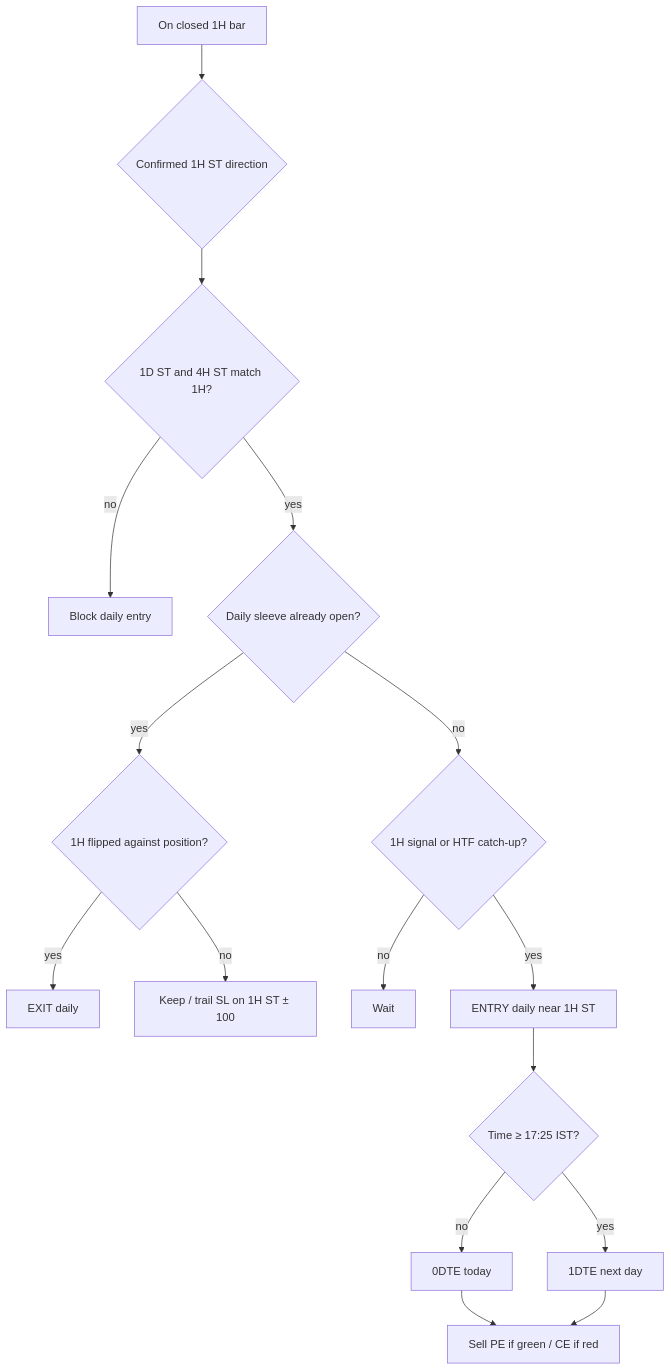
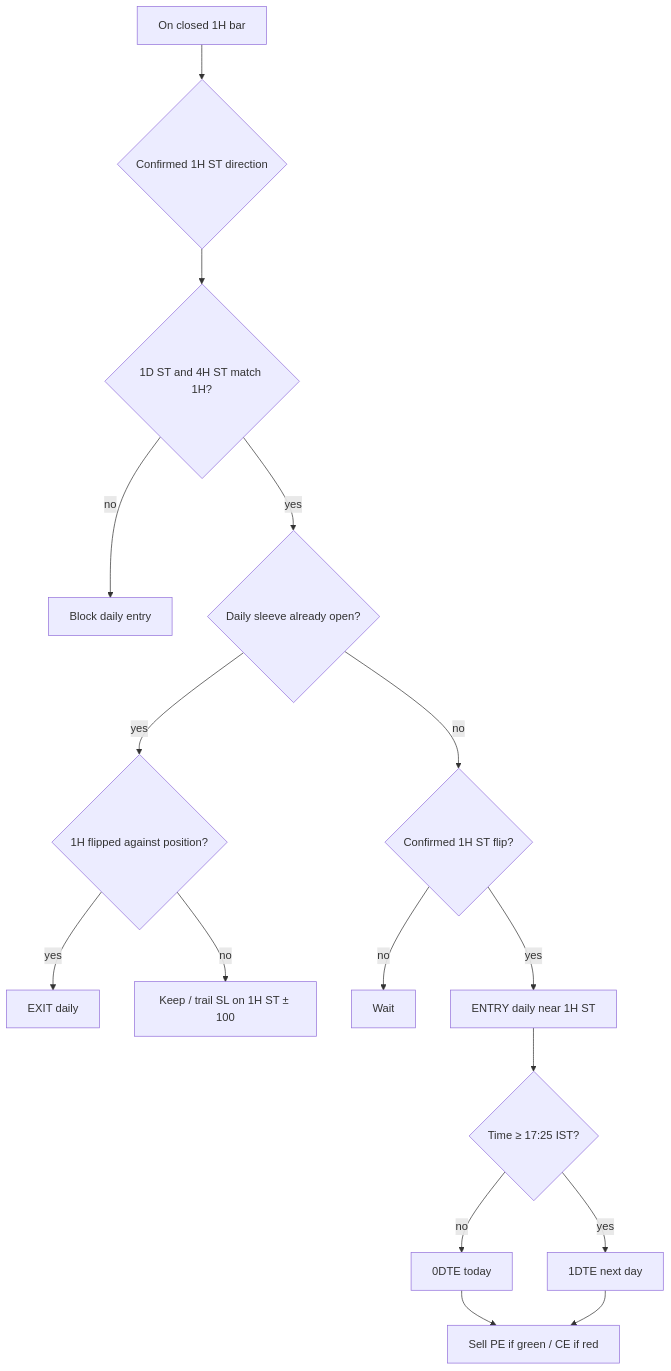
The third of 5 diagrams in core/strategies/crypto/DirectionalOptionSelling/readme.md (Eshwar066/Dhan-codebase), drawn with Mermaid before and after one commit. The commit also changed other lines of this file and 3 other files, not shown here.

````diff
--- a/core/strategies/crypto/DirectionalOptionSelling/readme.md
+++ b/core/strategies/crypto/DirectionalOptionSelling/readme.md
@@ -97,18 +97,18 @@
 ```mermaid
 flowchart TD
     A[On closed 1H bar] --> B{Confirmed 1H ST direction}
     B --> C{1D ST and 4H ST match 1H?}
     C -->|no| D[Block daily entry]
     C -->|yes| E{Daily sleeve already open?}
     E -->|yes| F{1H flipped against position?}
     F -->|yes| G[EXIT daily]
     F -->|no| H[Keep / trail SL on 1H ST ± 100]
-    E -->|no| I{1H signal or HTF catch-up?}
+    E -->|no| I{Confirmed 1H ST flip?}
     I -->|no| J[Wait]
     I -->|yes| K[ENTRY daily near 1H ST]
     K --> L{Time ≥ 17:25 IST?}
     L -->|no| M[0DTE today]
     L -->|yes| N[1DTE next day]
     M --> O[Sell PE if green / CE if red]
     N --> O
 ```
````
